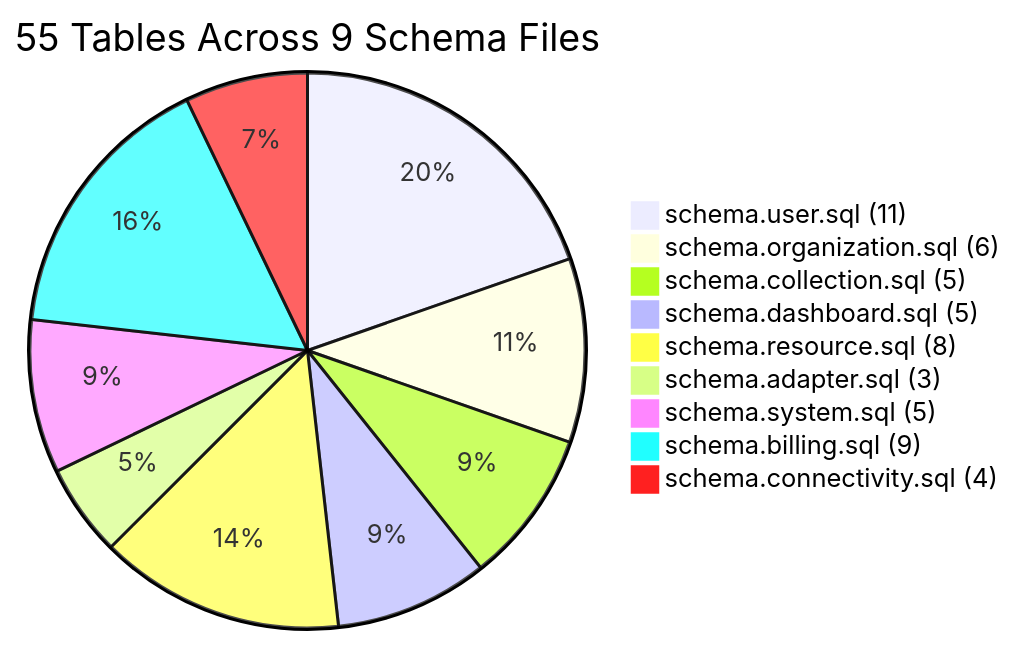
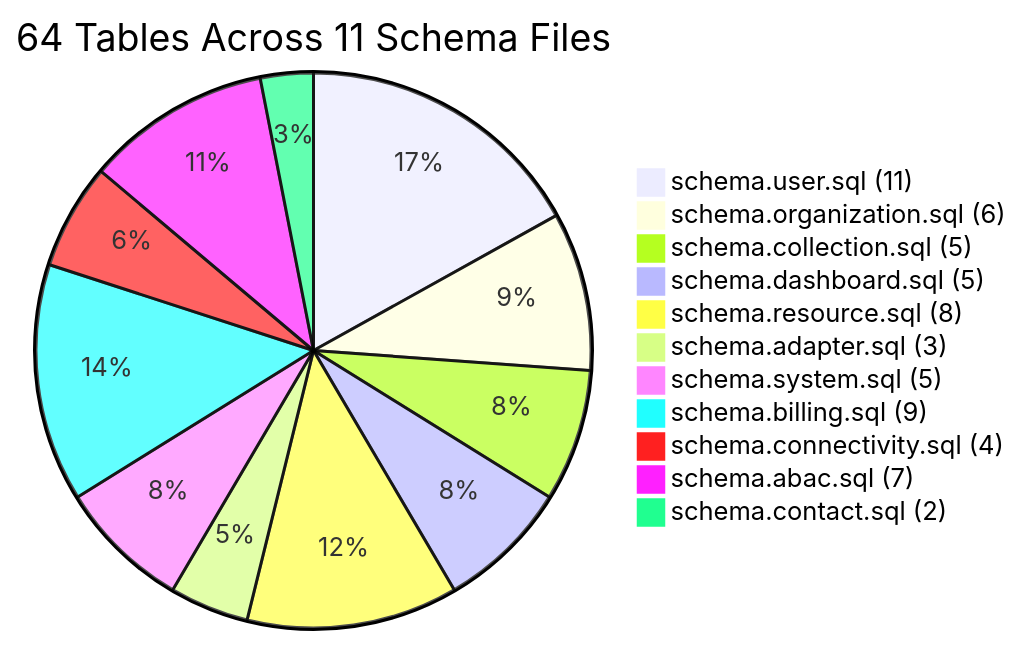
The seventh of 25 diagrams in Model/sql/sql_diagram.md (Univers42/transcendance), drawn with Mermaid before and after one commit. The commit also changed 12 other files, not shown here.

````diff
--- a/Model/sql/sql_diagram.md
+++ b/Model/sql/sql_diagram.md
@@ -868,15 +868,17 @@
 ```mermaid
 ---
 title: Tables per Schema File
 ---
-pie title 55 Tables Across 9 Schema Files
+pie title 64 Tables Across 11 Schema Files
     "schema.user.sql (11)" : 11
     "schema.organization.sql (6)" : 6
     "schema.collection.sql (5)" : 5
     "schema.dashboard.sql (5)" : 5
     "schema.resource.sql (8)" : 8
     "schema.adapter.sql (3)" : 3
     "schema.system.sql (5)" : 5
     "schema.billing.sql (9)" : 9
     "schema.connectivity.sql (4)" : 4
+    "schema.abac.sql (7)" : 7
+    "schema.contact.sql (2)" : 2
 ```
````
